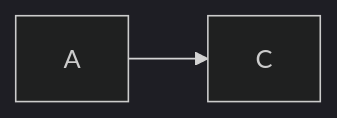
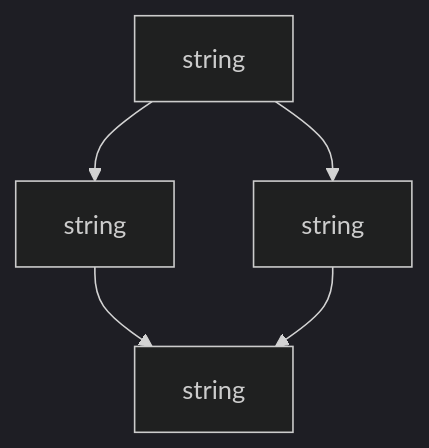
Before and after one commit to razmi0/ConceptionLogicielle: the diagram in README.md, drawn with Mermaid (dark theme).

Commit message:
Add mermaid first layout

````diff
--- a/README.md
+++ b/README.md
@@ -53,4 +53,7 @@
 ```mermaid
-flowchart LR
-    A[A] --> B[C];
+  graph TD;
+      A[string]-->B[string];
+      A[string]-->C[string];
+      B[string]-->D[string];
+      C[string]-->D[string];
 ```
````
